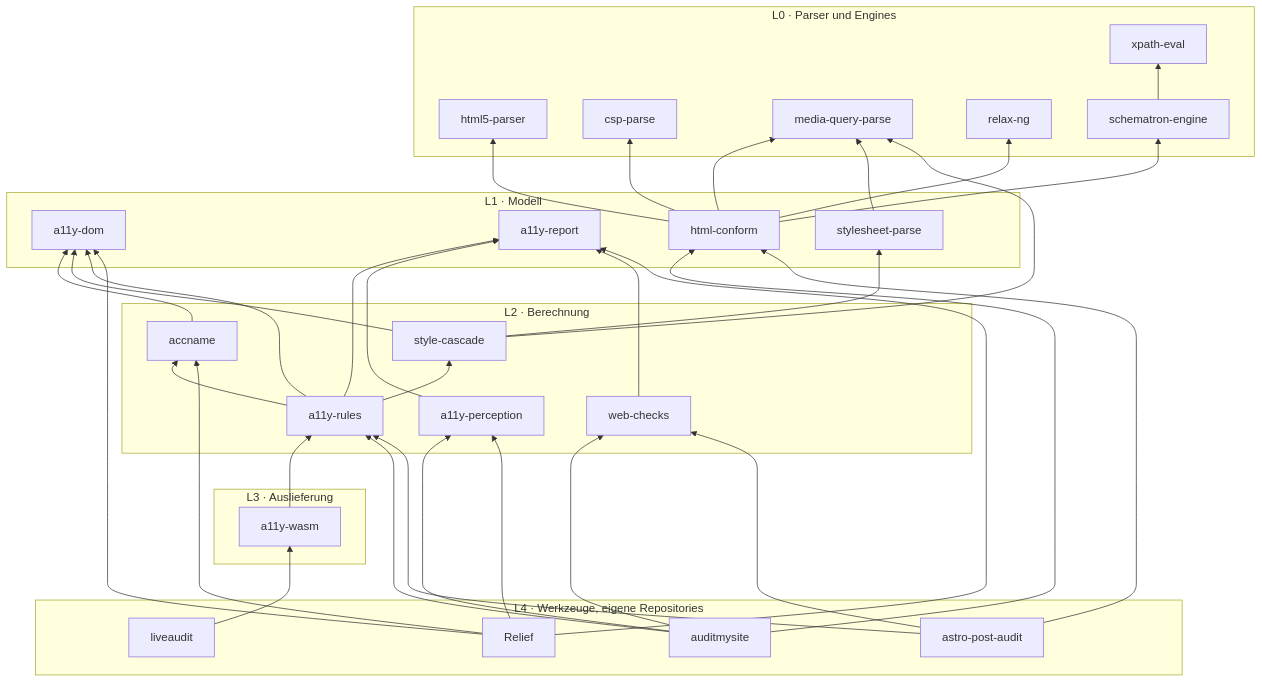
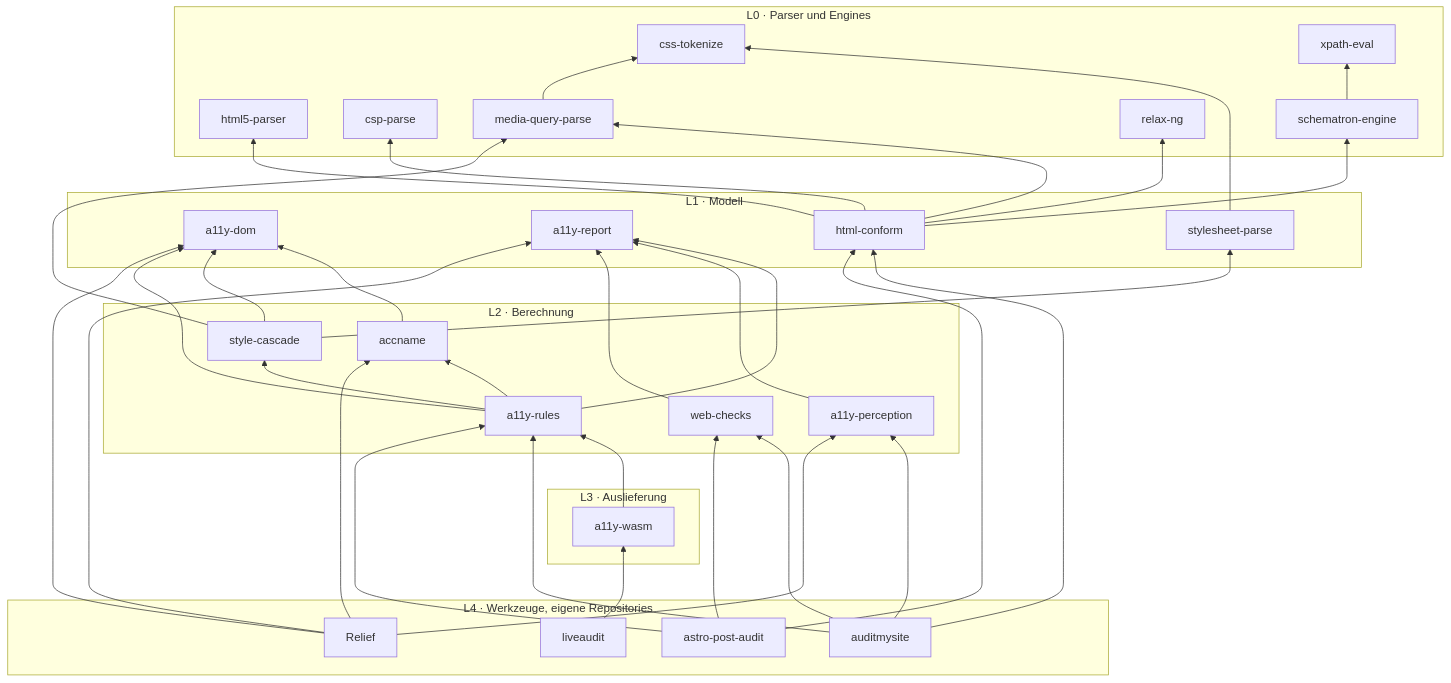
Before and after one commit to casoon/barrierlab: the diagram in docs/architecture.md, drawn with Mermaid. The commit also changed 32 other files, not shown here.

First line of the commit message:
css-tokenize: extract the CSS tokenizer from media-query-parse; ratio accepts numbers; vendor css-parsing-tests

````diff
--- a/docs/architecture.md
+++ b/docs/architecture.md
@@ -16,47 +16,49 @@
 ```mermaid
 flowchart BT
   subgraph L0["L0 · Parser und Engines"]
     h5[html5-parser]
     csp[csp-parse]
+    tok[css-tokenize]
     mq[media-query-parse]
     xp[xpath-eval]
     rng[relax-ng]
     sch[schematron-engine]
   end
   subgraph L1["L1 · Modell"]
     dom[a11y-dom]
     rep[a11y-report]
     hc[html-conform]
     cssp[stylesheet-parse]
   end
   subgraph L2["L2 · Berechnung"]
     acc[accname]
     cas[style-cascade]
     rules[a11y-rules]
     perc[a11y-perception]
     wc[web-checks]
   end
   subgraph L3["L3 · Auslieferung"]
     wasm[a11y-wasm]
   end
   subgraph L4["L4 · Werkzeuge, eigene Repositories"]
     ams[auditmysite]
     apa[astro-post-audit]
     la[liveaudit]
     rl[Relief]
   end
 
   sch --> xp
   hc --> h5 & csp & mq & rng & sch
-  cssp --> mq
+  cssp --> tok
+  mq --> tok
   acc --> dom
   cas --> dom & cssp & mq
   rules --> dom & rep & acc & cas
   perc --> rep
   wc --> rep
   wasm --> rules
   ams --> rules & hc & perc & wc
   apa --> rules & hc & wc
   la --> wasm
   rl --> perc & acc & dom & rep
 ```
````
